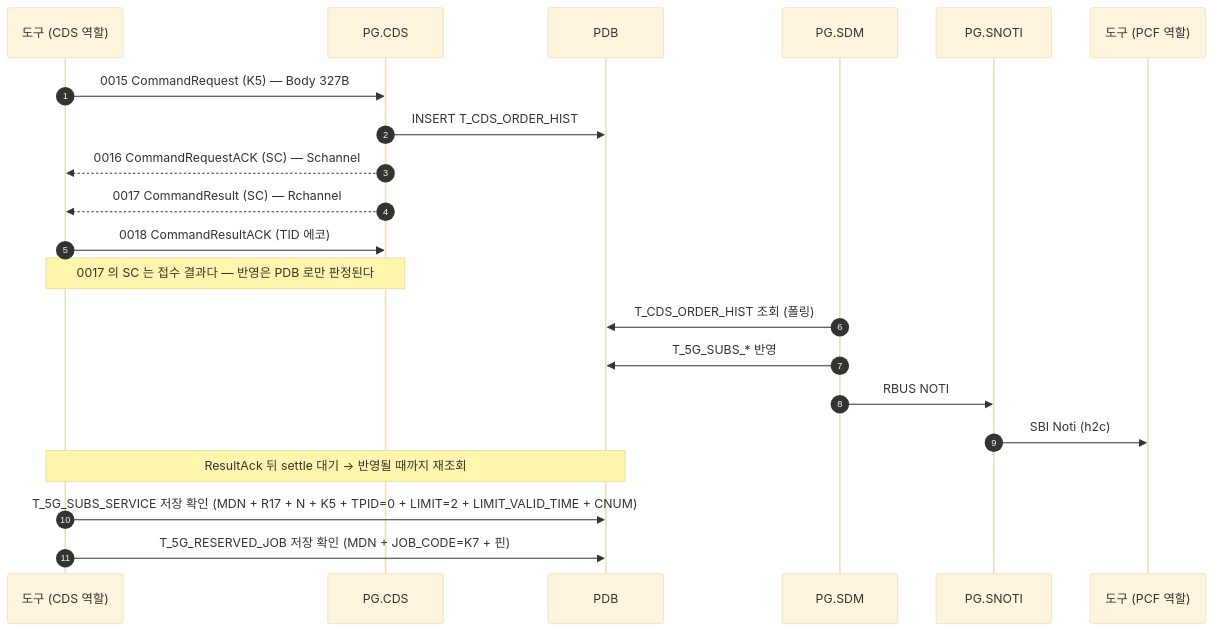
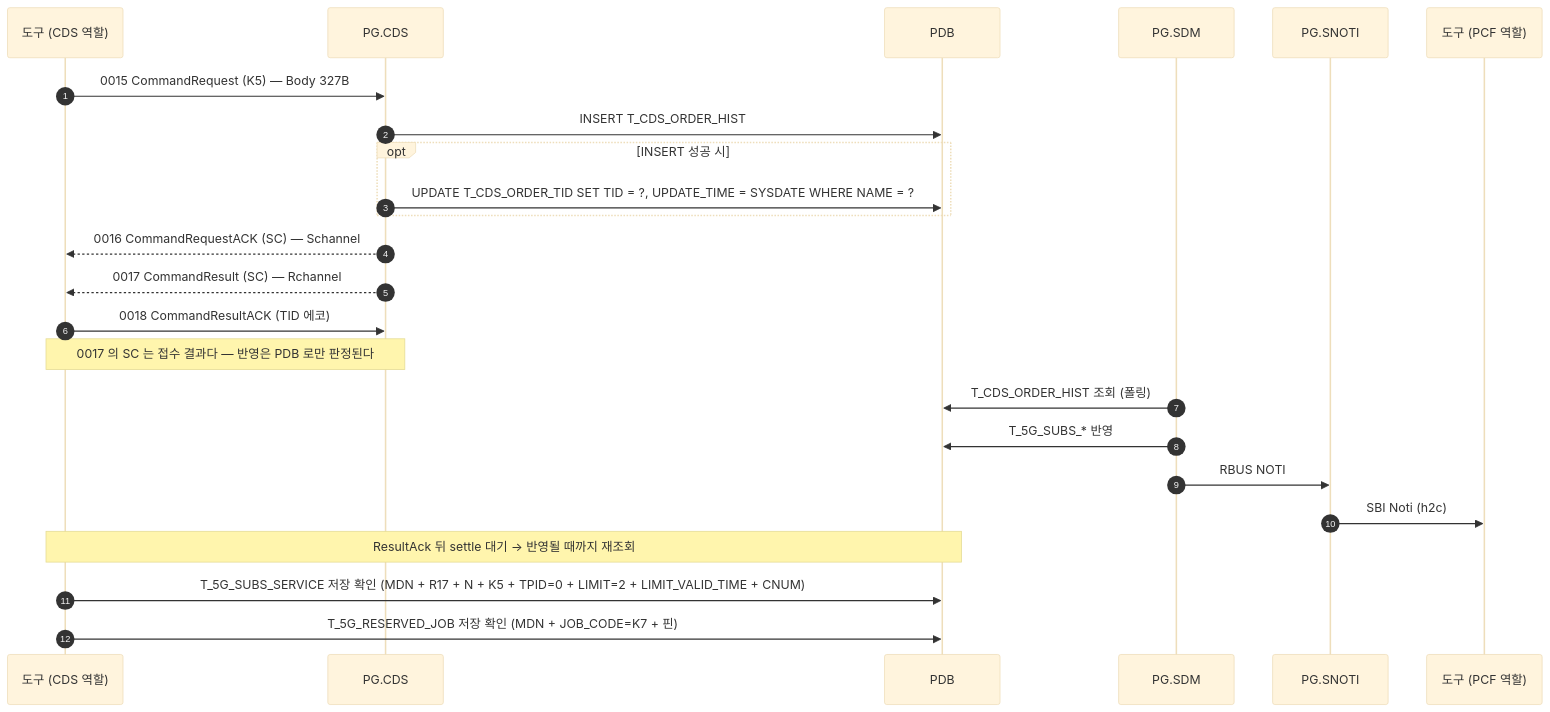
The diagram in docs/callflow/CDS_K5.md (IanKim2030/tc4robot), drawn with Mermaid (base theme) before and after one commit. The commit also changed 19 other files, not shown here.

First line of the commit message:
docs: 전문 이력 INSERT 성공 시의 TID UPDATE 를 콜플로우에 넣는다

````diff
--- a/docs/callflow/CDS_K5.md
+++ b/docs/callflow/CDS_K5.md
@@ -17,25 +17,28 @@
 ```mermaid
 sequenceDiagram
     autonumber
     participant TOOL as 도구 (CDS 역할)
     participant PCDS as PG.CDS
     participant PDB as PDB
     participant SDM as PG.SDM
     participant SNOTI as PG.SNOTI
     participant PCF as 도구 (PCF 역할)
 
     TOOL->>PCDS: 0015 CommandRequest (K5) — Body 327B
     PCDS->>PDB: INSERT T_CDS_ORDER_HIST
+    opt INSERT 성공 시
+        PCDS->>PDB: UPDATE T_CDS_ORDER_TID SET TID = ?, UPDATE_TIME = SYSDATE WHERE NAME = ?
+    end
     PCDS-->>TOOL: 0016 CommandRequestACK (SC) — Schannel
     PCDS-->>TOOL: 0017 CommandResult (SC) — Rchannel
     TOOL->>PCDS: 0018 CommandResultACK (TID 에코)
     Note over TOOL,PCDS: 0017 의 SC 는 접수 결과다 — 반영은 PDB 로만 판정된다
 
     SDM->>PDB: T_CDS_ORDER_HIST 조회 (폴링)
     SDM->>PDB: T_5G_SUBS_* 반영
     SDM->>SNOTI: RBUS NOTI
     SNOTI->>PCF: SBI Noti (h2c)
     Note over TOOL,PDB: ResultAck 뒤 settle 대기 → 반영될 때까지 재조회
     TOOL->>PDB: T_5G_SUBS_SERVICE 저장 확인 (MDN + R17 + N + K5 + TPID=0 + LIMIT=2 + LIMIT_VALID_TIME + CNUM)
     TOOL->>PDB: T_5G_RESERVED_JOB 저장 확인 (MDN + JOB_CODE=K7 + 핀)
 ```
````
